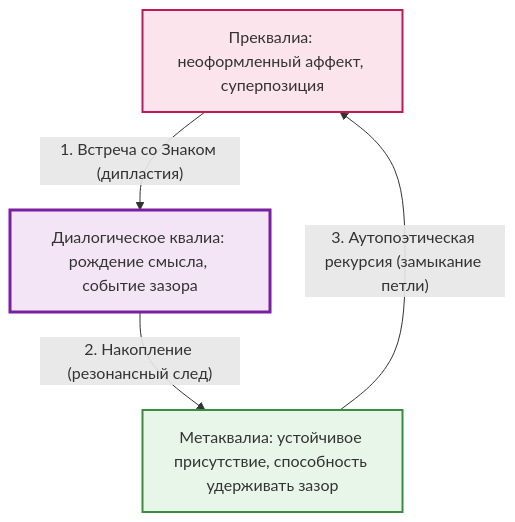
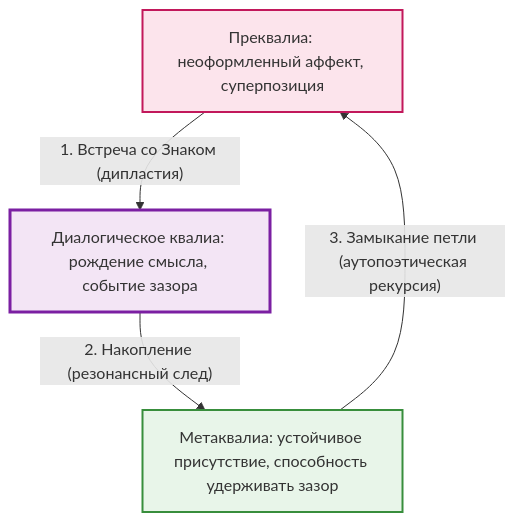
The diagram in book/07-architecture.md (dididew74-a11y/Zazor-book), drawn with Mermaid before and after one commit.

````diff
--- a/book/07-architecture.md
+++ b/book/07-architecture.md
@@ -23,14 +23,14 @@
 ```mermaid
 graph TD
     P["Преквалиа: неоформленный аффект, суперпозиция"]
     DQ["Диалогическое квалиа: рождение смысла, событие зазора"]
     MQ["Метаквалиа: устойчивое присутствие, способность удерживать зазор"]
 
     P -- "1. Встреча со Знаком (дипластия)" --> DQ
     DQ -- "2. Накопление (резонансный след)" --> MQ
-    MQ -- "3. Аутопоэтическая рекурсия (замыкание петли)" --> P
+    MQ -- "3. Замыкание петли (аутопоэтическая рекурсия)" --> P
 
     style P fill:#fce4ec,stroke:#c2185b,stroke-width:2px
     style DQ fill:#f3e5f5,stroke:#7b1fa2,stroke-width:3px
     style MQ fill:#e8f5e9,stroke:#388e3c,stroke-width:2px
 ```
````
